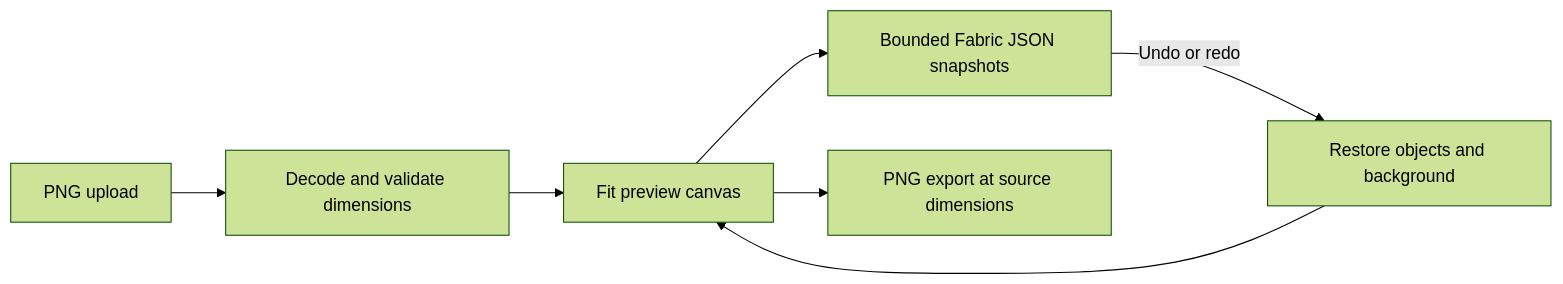
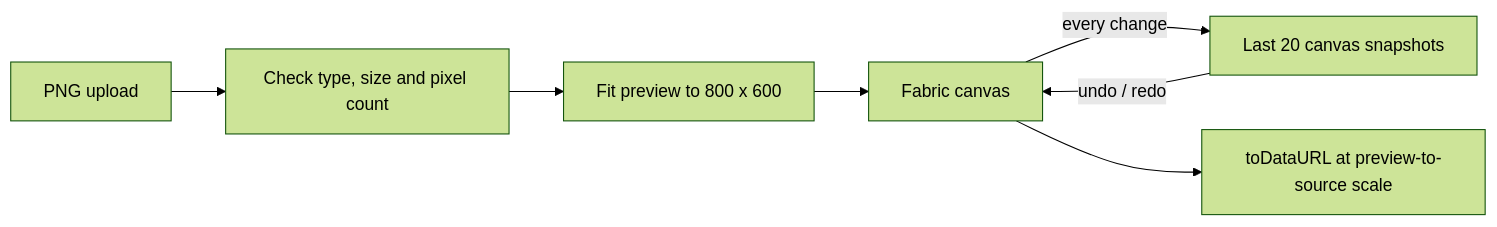
One commit to dev-mnadeem/image-caption-canvas-editor changed the diagram in README.md. Above: the diagram before and after it, drawn with Mermaid (forest theme). The commit also changed other lines of this file and 8 other files, not shown here.

````diff
--- a/README.md
+++ b/README.md
@@ -57,9 +82,9 @@
 ```mermaid
 flowchart LR
-  PNG[PNG upload] --> Decode[Decode and validate dimensions]
-  Decode --> Canvas[Fit preview canvas]
-  Canvas --> Snapshots[Bounded Fabric JSON snapshots]
-  Snapshots -->|Undo or redo| Restore[Restore objects and background]
-  Restore --> Canvas
-  Canvas --> Export[PNG export at source dimensions]
+  PNG[PNG upload] --> Check[Check type, size and pixel count]
+  Check --> Fit[Fit preview to 800 x 600]
+  Fit --> Canvas[Fabric canvas]
+  Canvas -->|every change| History[Last 20 canvas snapshots]
+  History -->|undo / redo| Canvas
+  Canvas --> Export[toDataURL at preview-to-source scale]
 ```
````
